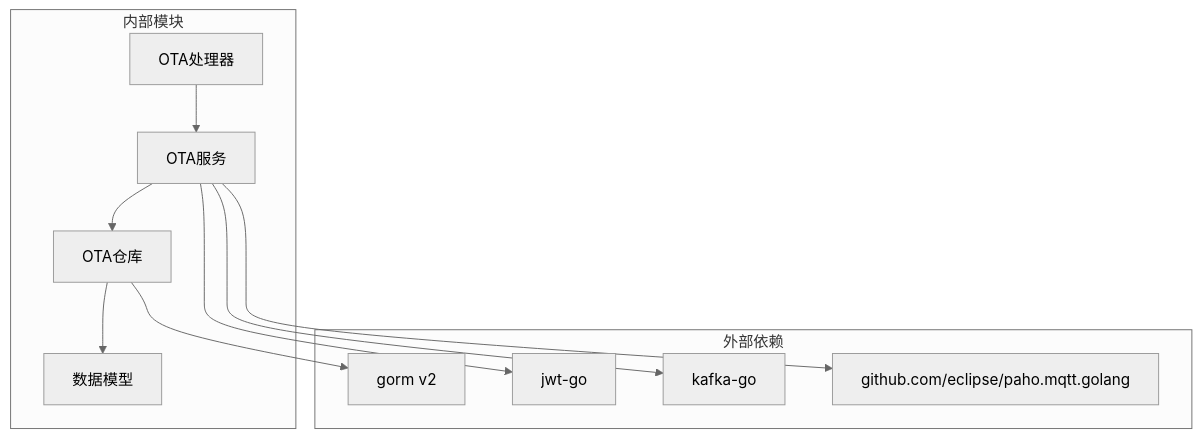
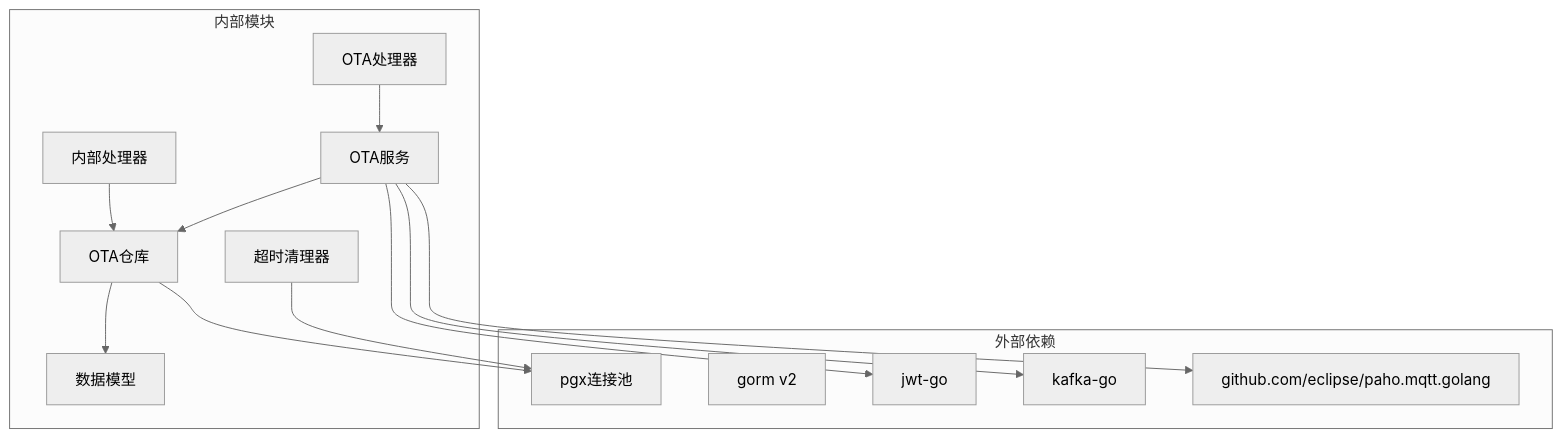
One commit to mcmrzy/cs_inv_monitor-develop changed diagram 19 of 22 in .qoder/repowiki/zh/content/OTA升级系统/OTA任务调度/OTA任务调度.md. Above: the diagram before and after it, drawn with Mermaid (neutral theme). The commit also changed other lines of this file and 28 other files, not shown here.

````diff
--- a/.qoder/repowiki/zh/content/OTA升级系统/OTA任务调度/OTA任务调度.md
+++ b/.qoder/repowiki/zh/content/OTA升级系统/OTA任务调度/OTA任务调度.md
@@ -721,22 +836,27 @@
 ```mermaid
 graph TB
 subgraph "外部依赖"
 JWT[jwt-go]
 GORM[gorm v2]
 Kafka[kafka-go]
 MQTT[github.com/eclipse/paho.mqtt.golang]
+PGX[pgx连接池]
 end
 subgraph "内部模块"
 Handler[OTA处理器]
+InternalHandler[内部处理器]
 Service[OTA服务]
 Repository[OTA仓库]
 Model[数据模型]
+TimeoutCleanup[超时清理器]
 end
 Handler --> Service
+InternalHandler --> Repository
 Service --> Repository
 Repository --> Model
 Service --> JWT
-Repository --> GORM
+Repository --> PGX
 Service --> Kafka
 Service --> MQTT
+TimeoutCleanup --> PGX
 ```
````
